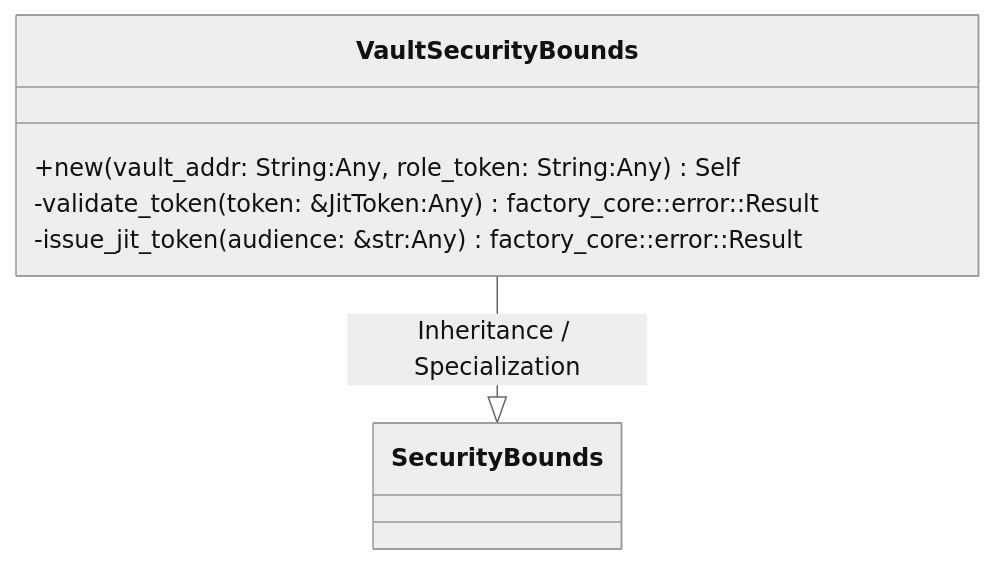
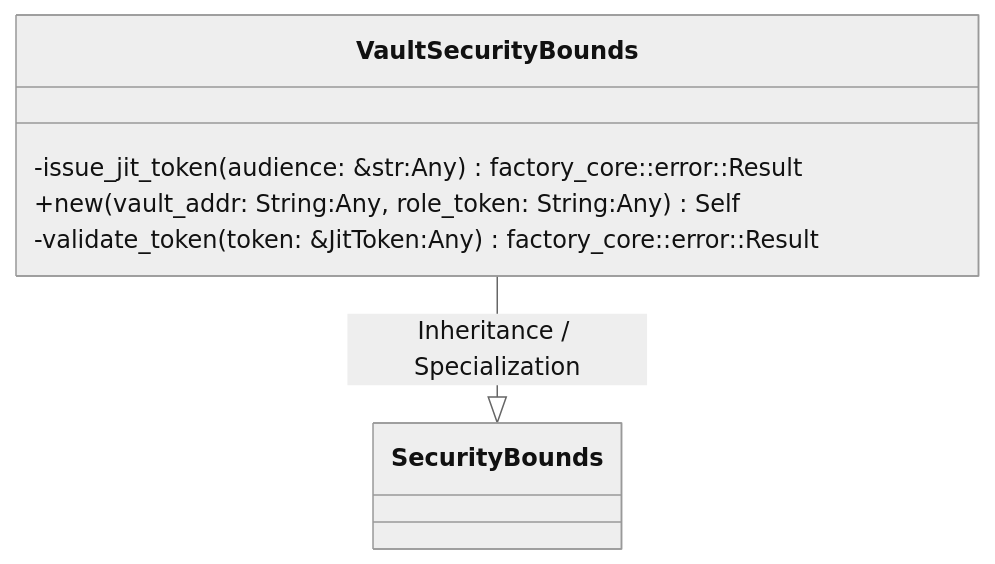
The first of 2 diagrams in openwiki/crates_factory-infrastructure_src_vault_rs.md (lgcorzo/rust_CACD_autonomous_factory), drawn with Mermaid (neutral theme) before and after one commit. The commit also changed other lines of this file and 76 other files, not shown here.

````diff
--- a/openwiki/crates_factory-infrastructure_src_vault_rs.md
+++ b/openwiki/crates_factory-infrastructure_src_vault_rs.md
@@ -81,11 +81,11 @@
 ```mermaid
 classDiagram
     direction BT
     class VaultSecurityBounds {
+        -issue_jit_token(audience: &str:Any) factory_core::error::Result<JitToken>
         +new(vault_addr: String:Any, role_token: String:Any) Self
         -validate_token(token: &JitToken:Any) factory_core::error::Result<bool>
-        -issue_jit_token(audience: &str:Any) factory_core::error::Result<JitToken>
     }
     SecurityBounds <|-- VaultSecurityBounds : Inheritance / Specialization
 
 ```
````
